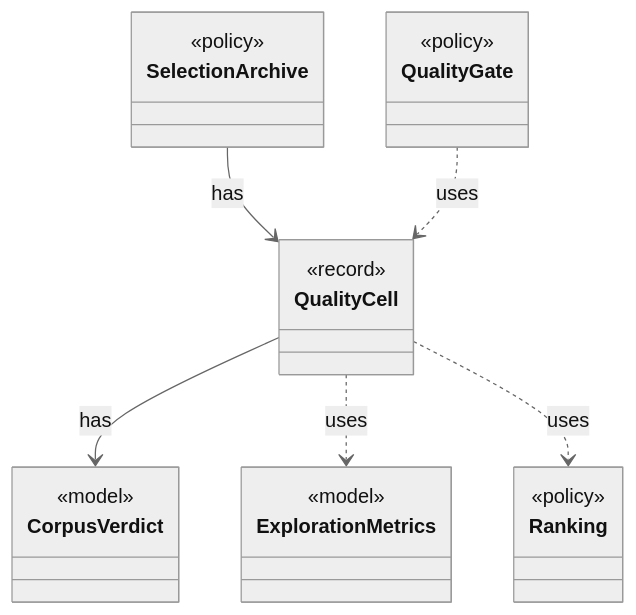
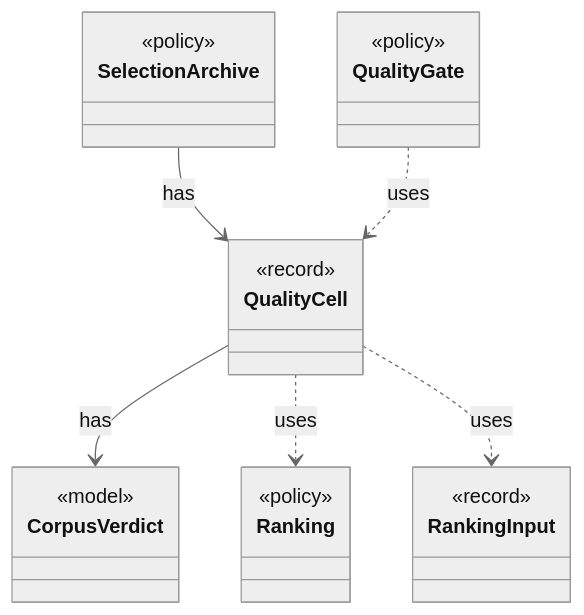
Before and after one commit to tlaplus/model-checker-hardening: the diagram in dev/types/io.github.tlaplus.hardening.workflow.quality.QualityCell.md, drawn with Mermaid (neutral theme). The commit also changed other lines of this file and 410 other files, not shown here.

````diff
--- a/dev/types/io.github.tlaplus.hardening.workflow.quality.QualityCell.md
+++ b/dev/types/io.github.tlaplus.hardening.workflow.quality.QualityCell.md
@@ -9,26 +9,26 @@
 ```mermaid
 classDiagram
   class QualityCell {
     <<record>>
   }
   class CorpusVerdict {
     <<model>>
   }
   class SelectionArchive {
     <<policy>>
   }
-  class ExplorationMetrics {
-    <<model>>
-  }
   class Ranking {
     <<policy>>
+  }
+  class RankingInput {
+    <<record>>
   }
   class QualityGate {
     <<policy>>
   }
   QualityCell --> CorpusVerdict : has
   SelectionArchive --> QualityCell : has
-  QualityCell ..> ExplorationMetrics : uses
   QualityCell ..> Ranking : uses
+  QualityCell ..> RankingInput : uses
   QualityGate ..> QualityCell : uses
 ```
````
